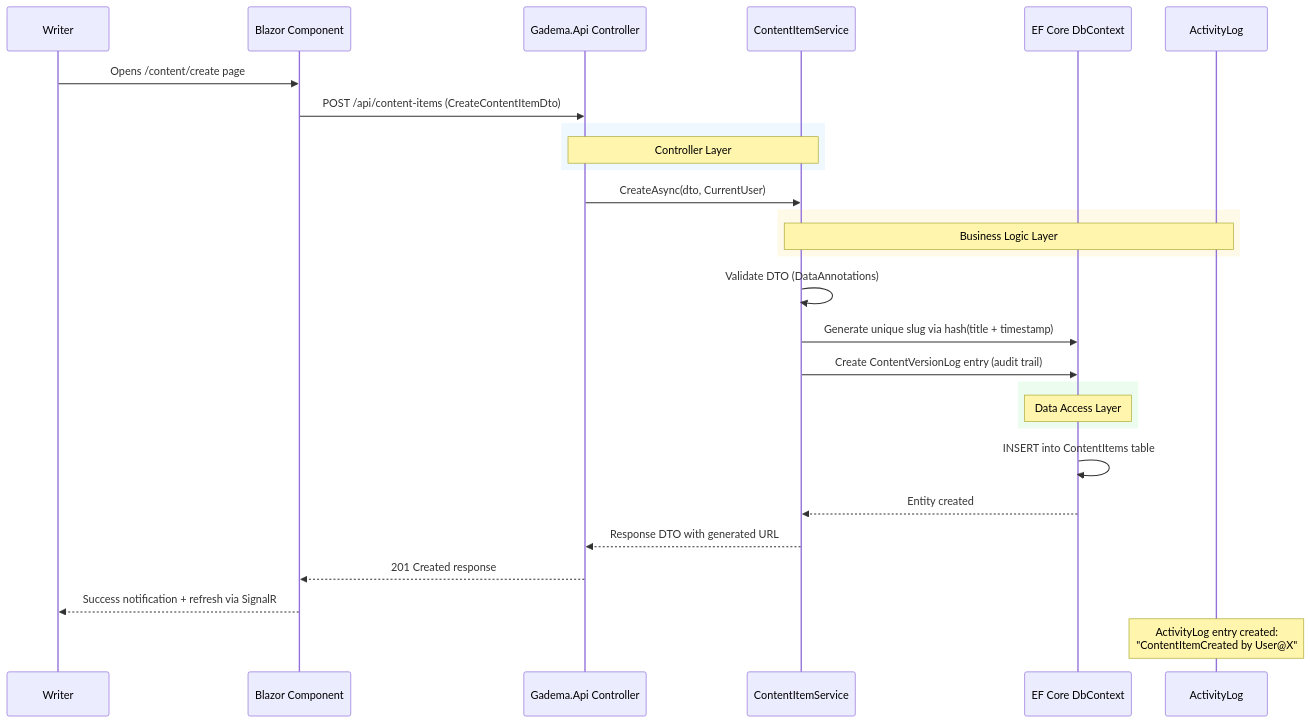
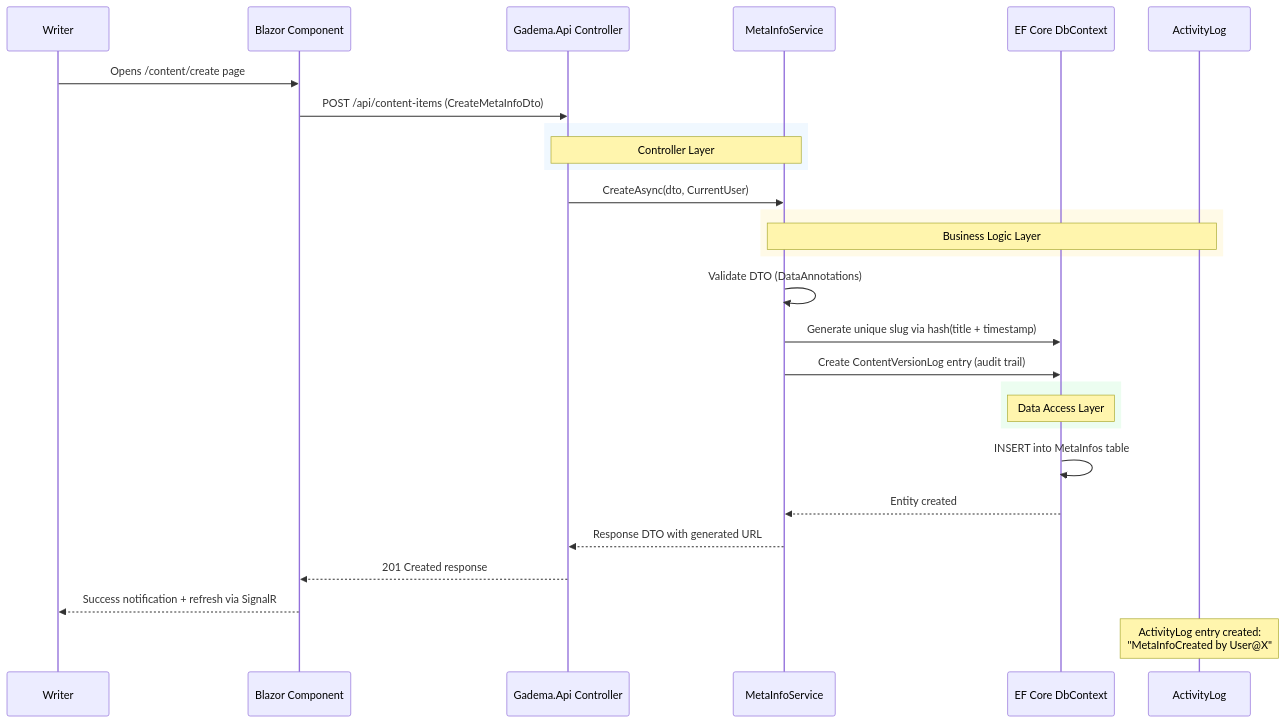
One commit to phinoox/Gadema changed the third of 13 diagrams in docs/GaDeMa_Architecture_Guide.md. Above: the diagram before and after it, drawn with Mermaid. The commit also changed other lines of this file and 62 other files, not shown here.

Commit message:
renamed ContentItem to MetaInfo to better reflect its purpose(and confuse the llm a little less)

````diff
--- a/docs/GaDeMa_Architecture_Guide.md
+++ b/docs/GaDeMa_Architecture_Guide.md
@@ -101,36 +101,36 @@
 ```mermaid
 sequenceDiagram
     participant User as Writer
     participant Browser as Blazor Component
     participant API as Gadema.Api Controller
-    participant Service as ContentItemService
+    participant Service as MetaInfoService
     participant DB as EF Core DbContext
     participant Audit as ActivityLog
     
     User->>Browser: Opens /content/create page
-    Browser->>API: POST /api/content-items (CreateContentItemDto)
+    Browser->>API: POST /api/content-items (CreateMetaInfoDto)
     
     rect rgb(240, 248, 255)
         Note over API, Service: Controller Layer
     end
     API->>Service: CreateAsync(dto, CurrentUser)
     
     rect rgb(255, 250, 231)
         Note over Service, Audit: Business Logic Layer
     end
     Service->>Service: Validate DTO (DataAnnotations)
     Service->>DB: Generate unique slug via hash(title + timestamp)
     Service->>DB: Create ContentVersionLog entry (audit trail)
     
     rect rgb(236, 253, 240)
         Note over DB: Data Access Layer
     end
-    DB->>DB: INSERT into ContentItems table
+    DB->>DB: INSERT into MetaInfos table
     DB-->>Service: Entity created
     
     Service-->>API: Response DTO with generated URL
     API-->>Browser: 201 Created response
     Browser-->>User: Success notification + refresh via SignalR
     
-    Note over Audit: ActivityLog entry created:<br/>"ContentItemCreated by User@X"
+    Note over Audit: ActivityLog entry created:<br/>"MetaInfoCreated by User@X"
 ```
````
